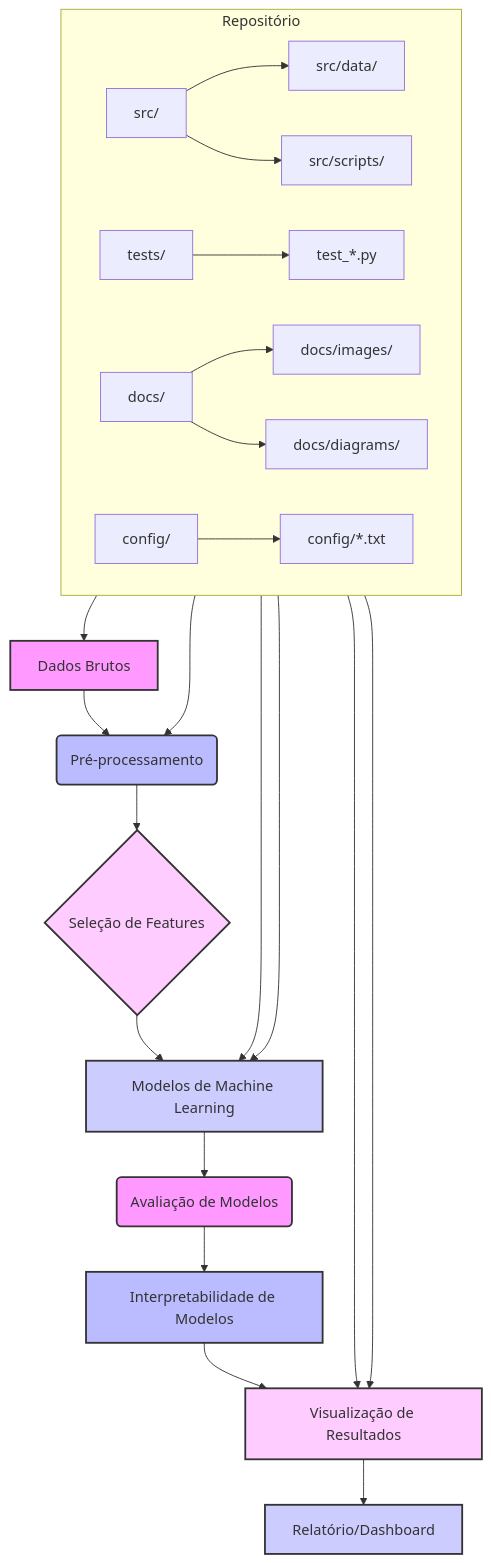
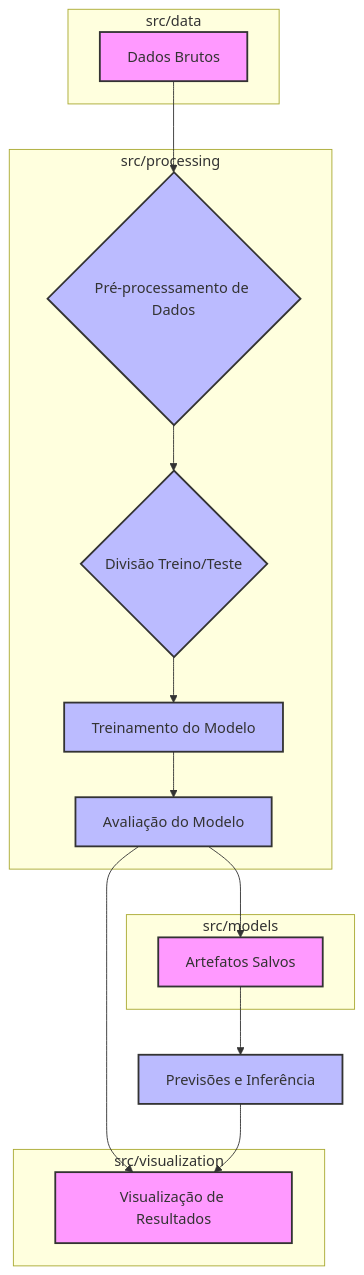
One commit to galafis/thyroid-analysis changed the diagram in docs/architecture_diagram.md. Above: the diagram before and after it, drawn with Mermaid. The commit also changed 8 other files, not shown here.

````diff
--- a/docs/architecture_diagram.md
+++ b/docs/architecture_diagram.md
@@ -2,36 +1,40 @@
 ```mermaid
 graph TD
-    A[Dados Brutos] --> B(Pré-processamento)
-    B --> C{Seleção de Features}
-    C --> D[Modelos de Machine Learning]
-    D --> E(Avaliação de Modelos)
-    E --> F[Interpretabilidade de Modelos]
-    F --> G[Visualização de Resultados]
-    G --> H[Relatório/Dashboard]
+    A[Dados Brutos] --> B{Pré-processamento de Dados}
+    B --> C{Divisão Treino/Teste}
+    C --> D[Treinamento do Modelo]
+    D --> E[Avaliação do Modelo]
+    E --> F[Artefatos Salvos]
+    F --> G[Previsões e Inferência]
 
-    subgraph Repositório
-        direction LR
-        src[src/] --> src_data[src/data/]
-        src --> src_scripts[src/scripts/]
-        tests[tests/] --> test_files[test_*.py]
-        docs[docs/] --> docs_images[docs/images/]
-        docs --> docs_diagrams[docs/diagrams/]
-        config[config/] --> config_files[config/*.txt]
+    subgraph "src/data"
+        A
     end
 
-    src_data --> A
-    src_scripts --> D
-    test_files --> D
-    docs_images --> G
-    docs_diagrams --> G
-    config_files --> B
+    subgraph "src/processing"
+        B
+        C
+        D
+        E
+    end
+
+    subgraph "src/models"
+        F
+    end
+
+    subgraph "src/visualization"
+        H[Visualização de Resultados]
+    end
+
+    E --> H
+    G --> H
 
     style A fill:#f9f,stroke:#333,stroke-width:2px
     style B fill:#bbf,stroke:#333,stroke-width:2px
-    style C fill:#fcf,stroke:#333,stroke-width:2px
-    style D fill:#ccf,stroke:#333,stroke-width:2px
-    style E fill:#f9f,stroke:#333,stroke-width:2px
-    style F fill:#bbf,stroke:#333,stroke-width:2px
-    style G fill:#fcf,stroke:#333,stroke-width:2px
-    style H fill:#ccf,stroke:#333,stroke-width:2px
+    style C fill:#bbf,stroke:#333,stroke-width:2px
+    style D fill:#bbf,stroke:#333,stroke-width:2px
+    style E fill:#bbf,stroke:#333,stroke-width:2px
+    style F fill:#f9f,stroke:#333,stroke-width:2px
+    style G fill:#bbf,stroke:#333,stroke-width:2px
+    style H fill:#f9f,stroke:#333,stroke-width:2px
 ```
````
